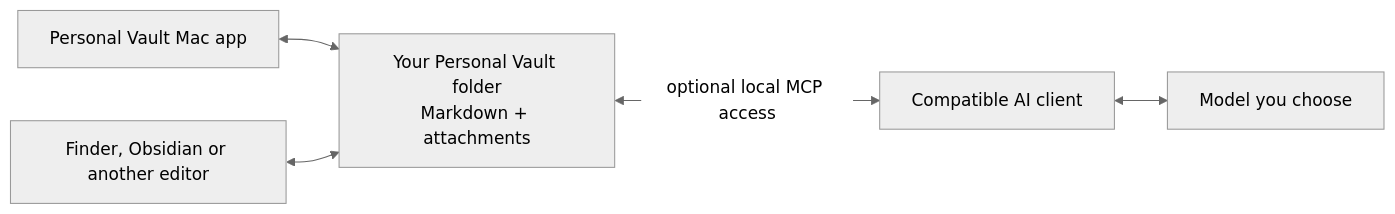
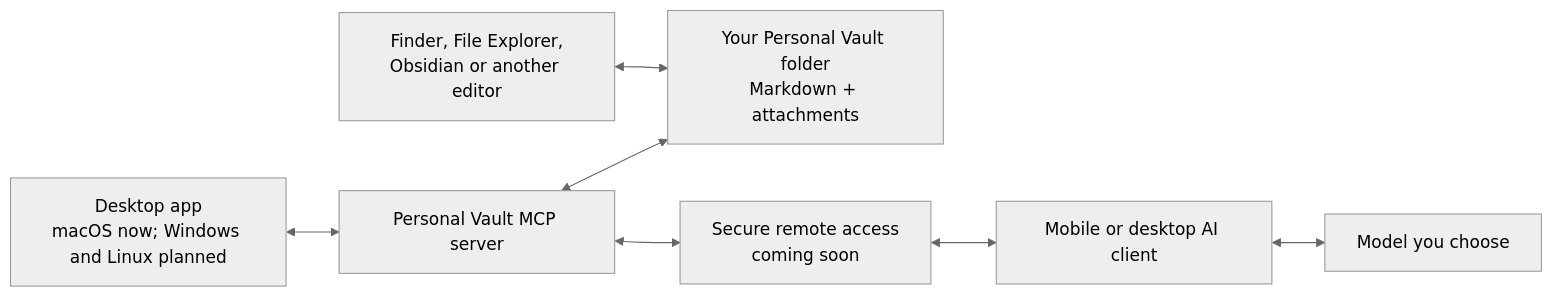
Before and after one commit to personal-ai-systems/personal-vault: the diagram in README.md, drawn with Mermaid (neutral theme). The commit also changed other lines of this file and 2 other files, not shown here.

Commit message:
docs: clarify cross-platform roadmap and mobile access

````diff
--- a/README.md
+++ b/README.md
@@ -29,13 +29,17 @@
 ```mermaid
 flowchart LR
     V["Your Personal Vault folder<br/>Markdown + attachments"]
-    A["Personal Vault Mac app"]
-    E["Finder, Obsidian or another editor"]
-    C["Compatible AI client"]
+    S["Personal Vault MCP server"]
+    D["Desktop app<br/>macOS now; Windows and Linux planned"]
+    E["Finder, File Explorer,<br/>Obsidian or another editor"]
+    R["Secure remote access<br/>coming soon"]
+    C["Mobile or desktop AI client"]
     M["Model you choose"]
 
-    A <--> V
+    D <--> S
+    S <--> V
     E <--> V
-    V <--> |"optional local MCP access"| C
+    S <--> R
+    R <--> C
     C <--> M
 ```
````
